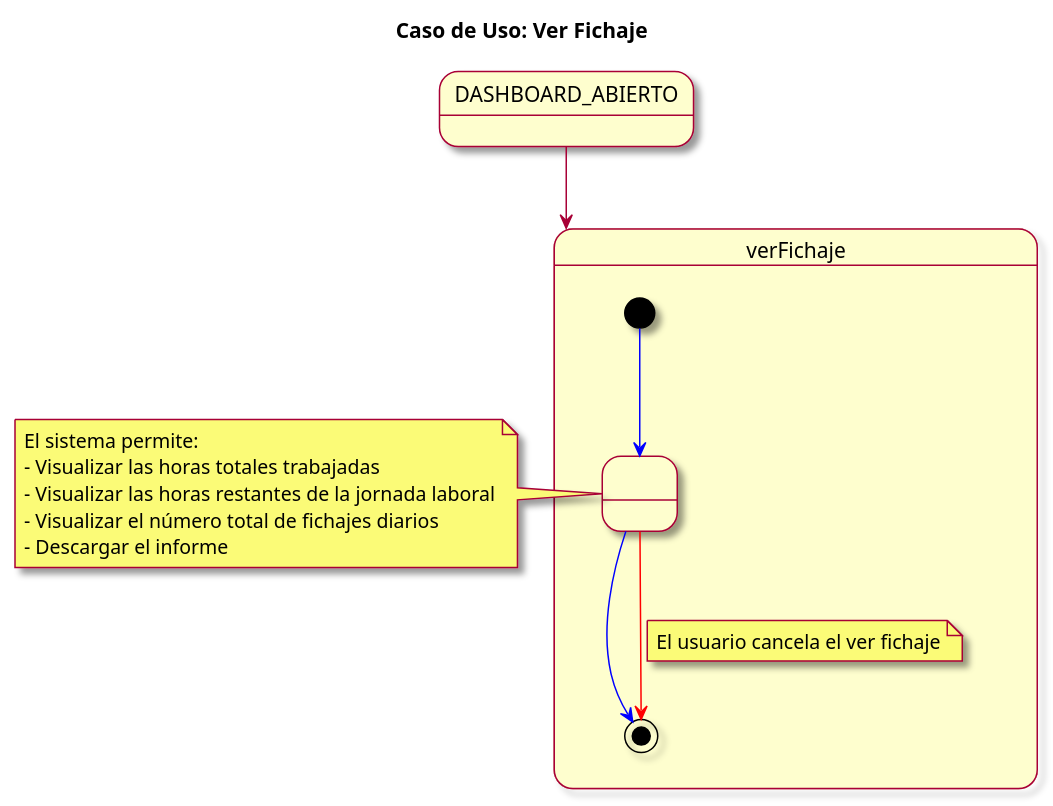
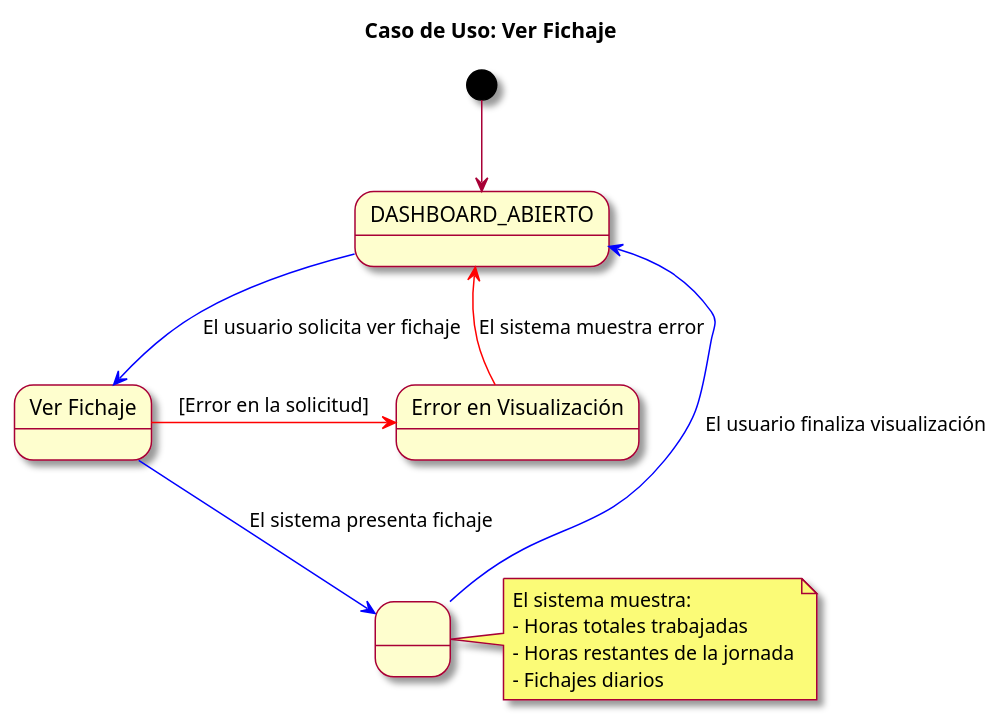
One commit to mmasias/23-24-IdSw1-SDR changed the diagram in modelosUML/casosDeUso/detalles/verFichajeV2.puml. Above: the diagram before and after it, drawn with PlantUML.

```diff
--- a/modelosUML/casosDeUso/detalles/verFichajeV2.puml
+++ b/modelosUML/casosDeUso/detalles/verFichajeV2.puml
@@ -1,26 +1,24 @@
 @startuml
-
 skin rose
 title Caso de Uso: Ver Fichaje
-state DASHBOARD_ABIERTO
 
-DASHBOARD_ABIERTO --> verFichaje
+state DASHBOARD_ABIERTO as "DASHBOARD_ABIERTO"
+state VerFichaje as "Ver Fichaje"
+state MostrarFichaje as " "
+state ErrorVisualizacion as "Error en Visualización"
 
-state verFichaje {
-[*] -[#blue]-> mostrarFichaje
-state " " as mostrarFichaje
-mostrarFichaje -[#blue]-> [*]
+[*] -d-> DASHBOARD_ABIERTO
+DASHBOARD_ABIERTO -d[#blue]-> VerFichaje : El usuario solicita ver fichaje
+VerFichaje -d[#blue]-> MostrarFichaje : El sistema presenta fichaje
+MostrarFichaje -d[#blue]-> DASHBOARD_ABIERTO : El usuario finaliza visualización
+VerFichaje -r[#red]-> ErrorVisualizacion : [Error en la solicitud]
+ErrorVisualizacion -u[#red]-> DASHBOARD_ABIERTO : El sistema muestra error
 
-mostrarFichaje -[#red]-> [*]
-note on link: El usuario cancela el ver fichaje
-}
-
-note left of mostrarFichaje
-    El sistema permite:
-    - Visualizar las horas totales trabajadas
-    - Visualizar las horas restantes de la jornada laboral
-    - Visualizar el número total de fichajes diarios
-    - Descargar el informe
+note right of MostrarFichaje
+  El sistema muestra:
+  - Horas totales trabajadas
+  - Horas restantes de la jornada
+  - Fichajes diarios
 end note
 
 @enduml
```
